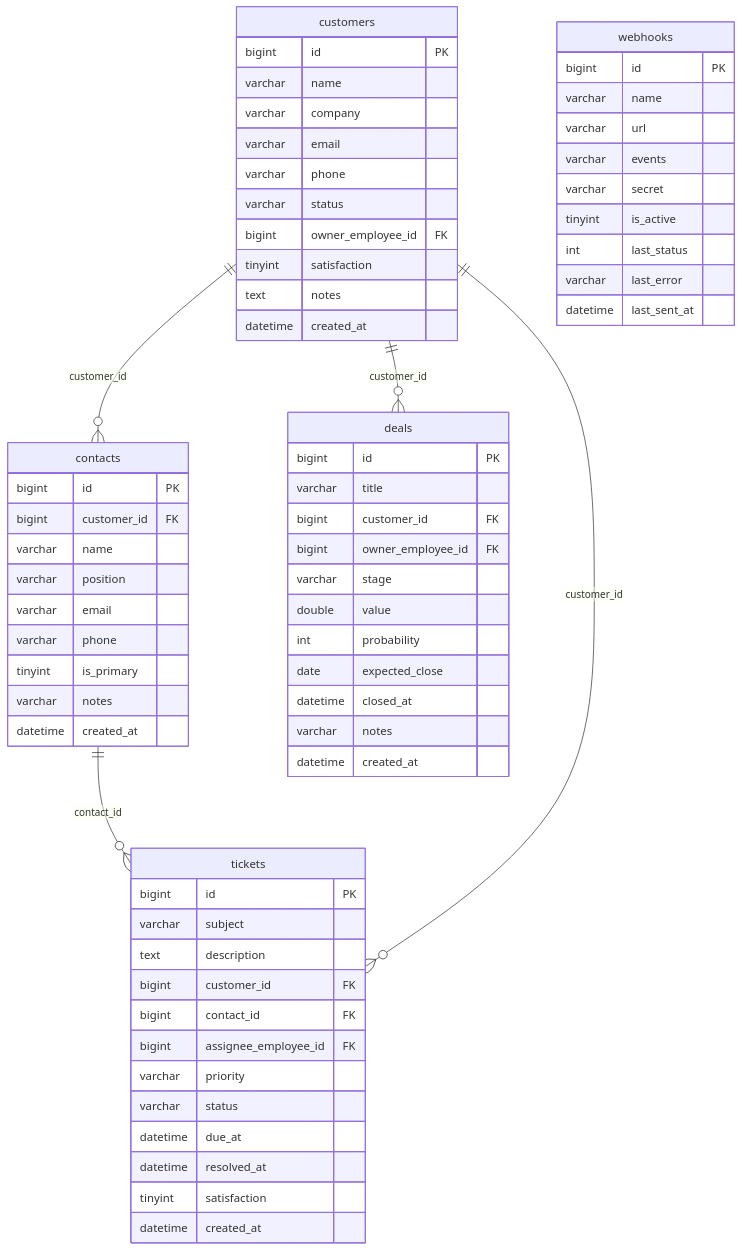
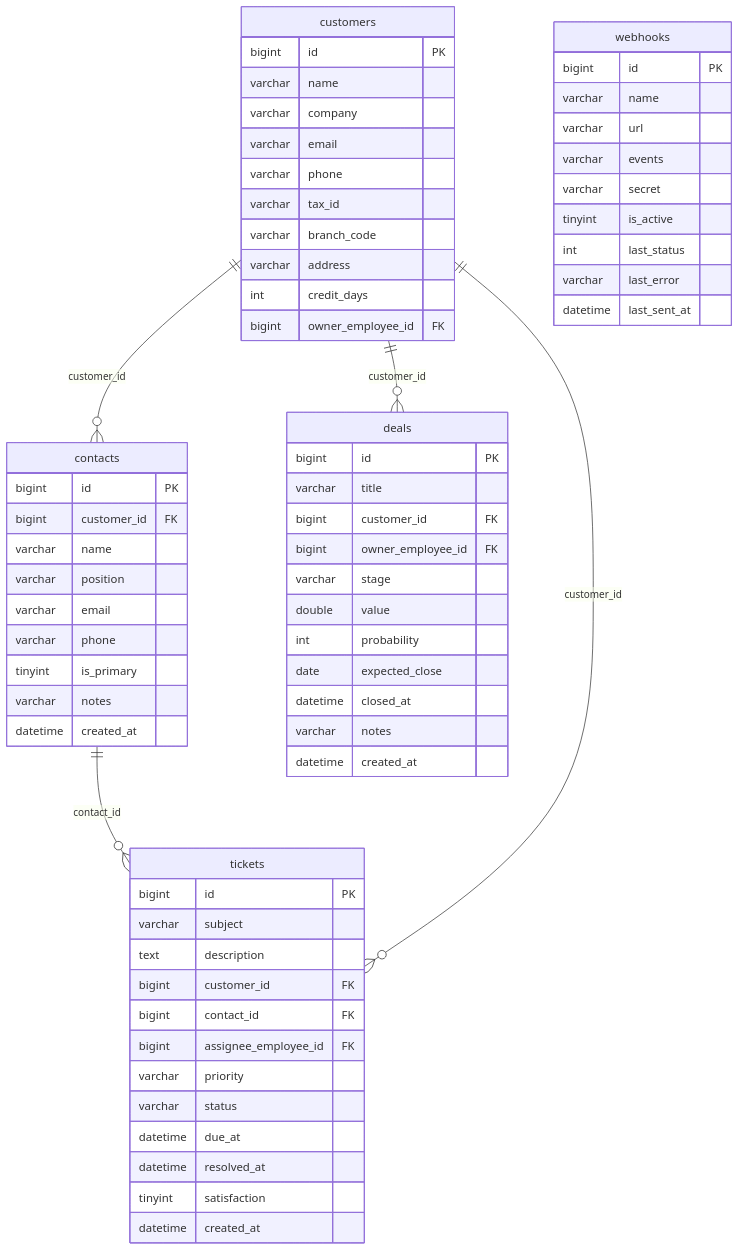
One commit to MiminZeroX/Check-Employee-Kpi changed the fifth of 9 diagrams in docs/ER_DIAGRAM.md. Above: the diagram before and after it, drawn with Mermaid. The commit also changed other lines of this file and 6 other files, not shown here.

````diff
--- a/docs/ER_DIAGRAM.md
+++ b/docs/ER_DIAGRAM.md
@@ -380,68 +380,68 @@
 ```mermaid
 erDiagram
   customers {
     bigint id PK
     varchar name
     varchar company
     varchar email
     varchar phone
-    varchar status
+    varchar tax_id
+    varchar branch_code
+    varchar address
+    int credit_days
     bigint owner_employee_id FK
-    tinyint satisfaction
-    text notes
-    datetime created_at
   }
   contacts {
     bigint id PK
     bigint customer_id FK
     varchar name
     varchar position
     varchar email
     varchar phone
     tinyint is_primary
     varchar notes
     datetime created_at
   }
   deals {
     bigint id PK
     varchar title
     bigint customer_id FK
     bigint owner_employee_id FK
     varchar stage
     double value
     int probability
     date expected_close
     datetime closed_at
     varchar notes
     datetime created_at
   }
   tickets {
     bigint id PK
     varchar subject
     text description
     bigint customer_id FK
     bigint contact_id FK
     bigint assignee_employee_id FK
     varchar priority
     varchar status
     datetime due_at
     datetime resolved_at
     tinyint satisfaction
     datetime created_at
   }
   webhooks {
     bigint id PK
     varchar name
     varchar url
     varchar events
     varchar secret
     tinyint is_active
     int last_status
     varchar last_error
     datetime last_sent_at
   }
   customers ||--o{ contacts : "customer_id"
   customers ||--o{ deals : "customer_id"
   contacts ||--o{ tickets : "contact_id"
   customers ||--o{ tickets : "customer_id"
 ```
````
